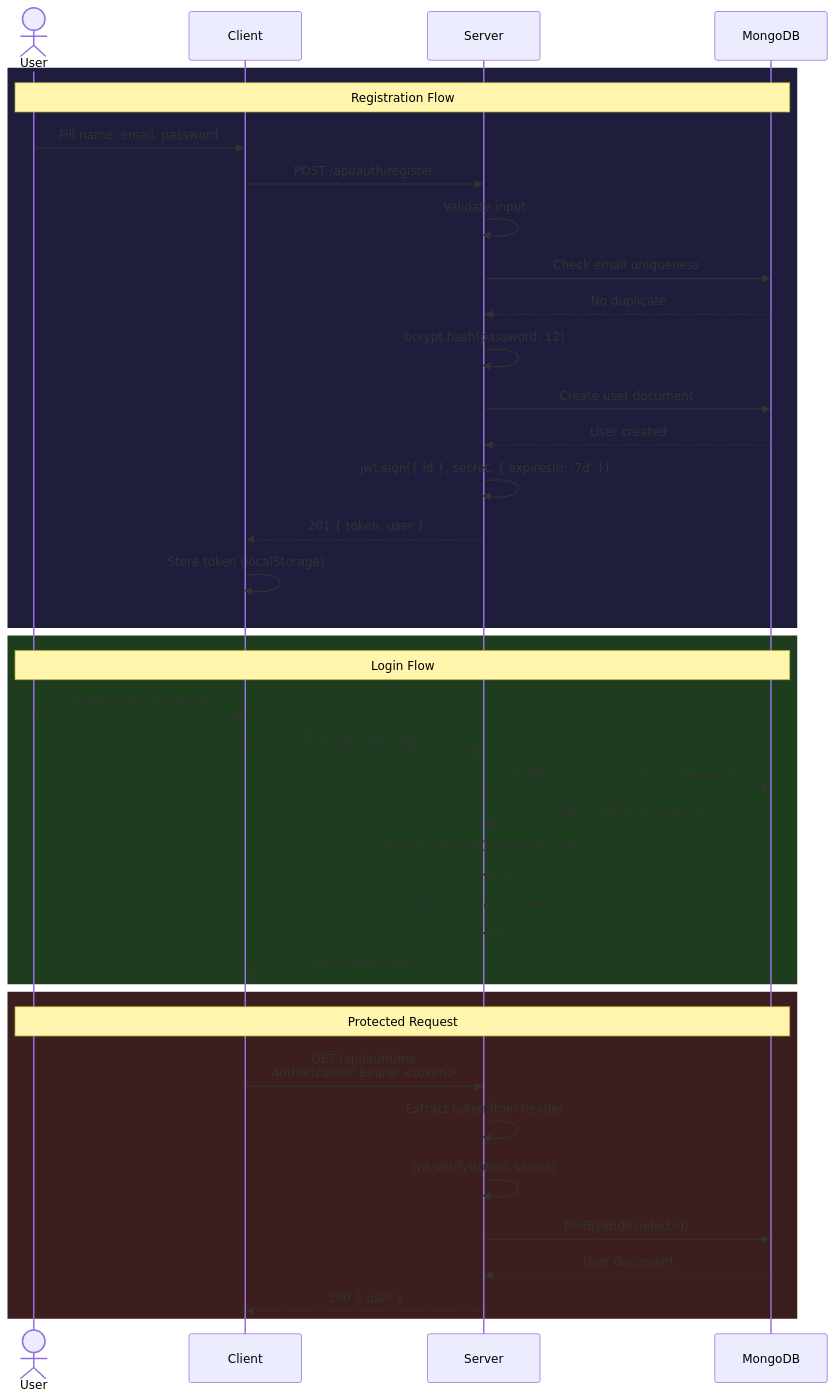
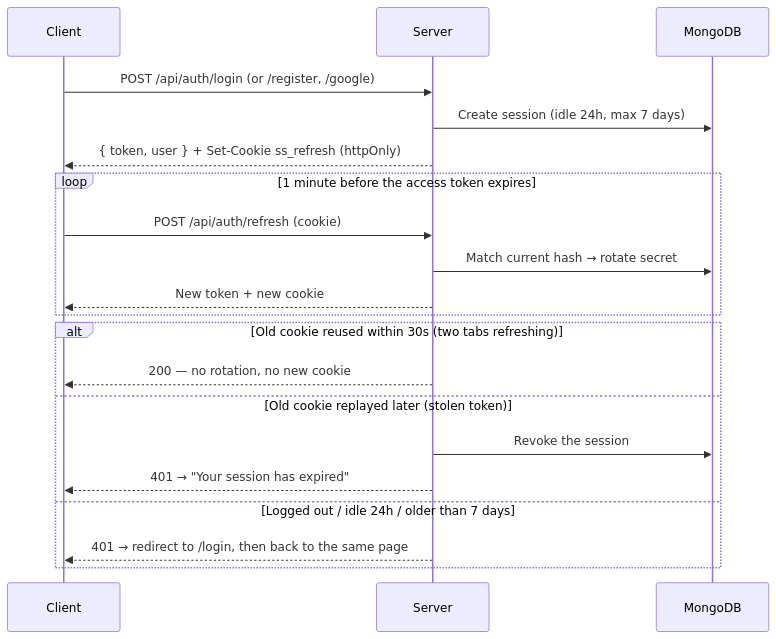
The fourth of 19 diagrams in README.md (Priyansh9506/Hive), drawn with Mermaid before and after one commit. The commit also changed other lines of this file and 52 other files, not shown here.

First line of the commit message:
feat: live updates, refresh-token sessions, app theming and responsive workspace

````diff
--- a/README.md
+++ b/README.md
@@ -421,43 +507,25 @@
 ```mermaid
 sequenceDiagram
-    actor U as User
     participant C as Client
     participant S as Server
     participant DB as MongoDB
 
-    rect rgb(30, 30, 60)
-        Note over U, DB: Registration Flow
-        U->>C: Fill name, email, password
-        C->>S: POST /api/auth/register
-        S->>S: Validate input
-        S->>DB: Check email uniqueness
-        DB-->>S: No duplicate
-        S->>S: bcrypt.hash(password, 12)
-        S->>DB: Create user document
-        DB-->>S: User created
-        S->>S: jwt.sign({ id }, secret, { expiresIn: '7d' })
-        S-->>C: 201 { token, user }
-        C->>C: Store token (localStorage)
+    C->>S: POST /api/auth/login (or /register, /google)
+    S->>DB: Create session (idle 24h, max 7 days)
+    S-->>C: { token, user } + Set-Cookie ss_refresh (httpOnly)
+
+    loop 1 minute before the access token expires
+        C->>S: POST /api/auth/refresh (cookie)
+        S->>DB: Match current hash → rotate secret
+        S-->>C: New token + new cookie
     end
 
-    rect rgb(30, 60, 30)
-        Note over U, DB: Login Flow
-        U->>C: Enter email, password
-        C->>S: POST /api/auth/login
-        S->>DB: findOne({ email }).select('+password')
-        DB-->>S: User + hashed password
-        S->>S: bcrypt.compare(password, hash)
-        S->>S: jwt.sign({ id }, secret)
-        S-->>C: 200 { token, user }
-    end
-
-    rect rgb(60, 30, 30)
-        Note over U, DB: Protected Request
-        C->>S: GET /api/auth/me<br/>Authorization: Bearer <token>
-        S->>S: Extract token from header
-        S->>S: jwt.verify(token, secret)
-        S->>DB: findById(decoded.id)
-        DB-->>S: User document
-        S-->>C: 200 { user }
+    alt Old cookie reused within 30s (two tabs refreshing)
+        S-->>C: 200 — no rotation, no new cookie
+    else Old cookie replayed later (stolen token)
+        S->>DB: Revoke the session
+        S-->>C: 401 → "Your session has expired"
+    else Logged out / idle 24h / older than 7 days
+        S-->>C: 401 → redirect to /login, then back to the same page
     end
 ```
````
